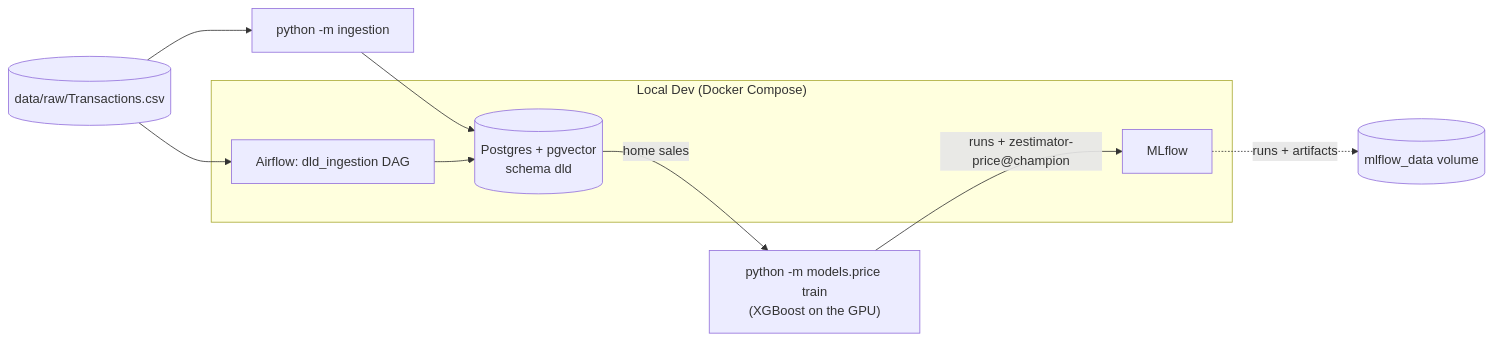
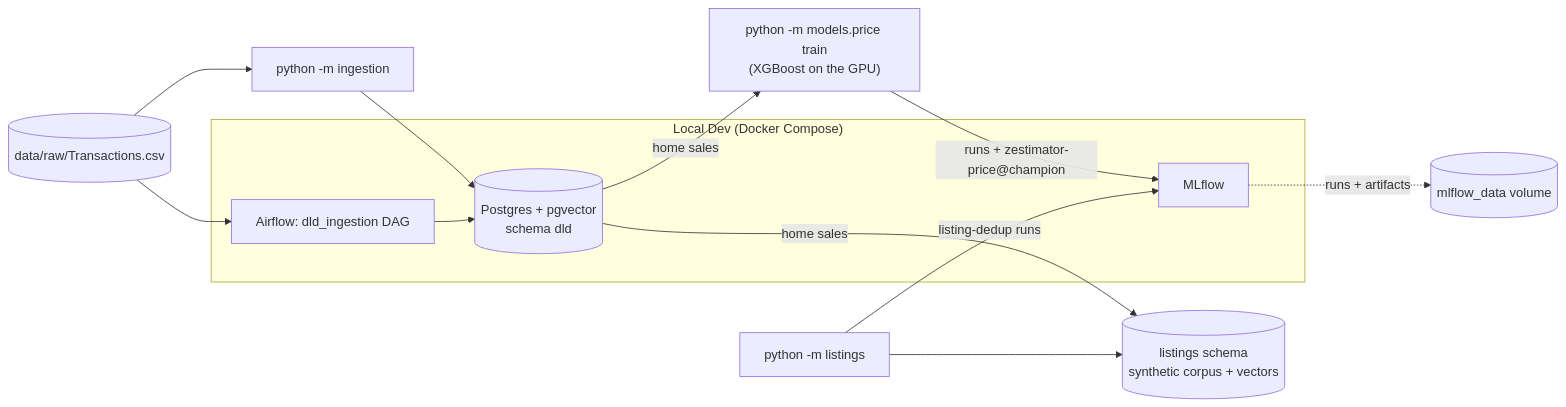
One commit to chiragn28/Dubimator changed the diagram in README.md. Above: the diagram before and after it, drawn with Mermaid. The commit also changed other lines of this file and 1 other file, not shown here.

````diff
--- a/README.md
+++ b/README.md
@@ -12,17 +12,22 @@
 ```mermaid
 graph LR
     CSV[("data/raw/Transactions.csv")]
     CLI["python -m ingestion"]
     subgraph "Local Dev (Docker Compose)"
         AF[Airflow: dld_ingestion DAG]
         PG[(Postgres + pgvector<br/>schema dld)]
         ML[MLflow]
     end
     MLRUNS[("mlflow_data volume")]
     CSV --> CLI --> PG
     CSV --> AF --> PG
     ML -.->|"runs + artifacts"| MLRUNS
     TRAIN["python -m models.price train<br/>(XGBoost on the GPU)"]
     PG -->|"home sales"| TRAIN
     TRAIN -->|"runs + zestimator-price@champion"| ML
+    LCLI["python -m listings"]
+    LISTINGS[("listings schema<br/>synthetic corpus + vectors")]
+    PG -->|"home sales"| LISTINGS
+    LCLI --> LISTINGS
+    LCLI -->|"listing-dedup runs"| ML
 ```
````
